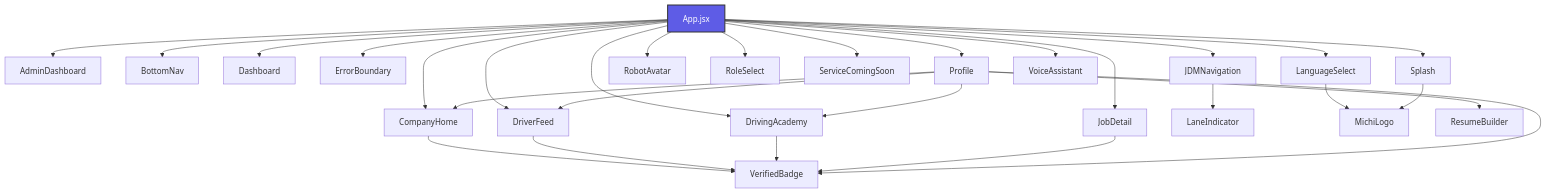
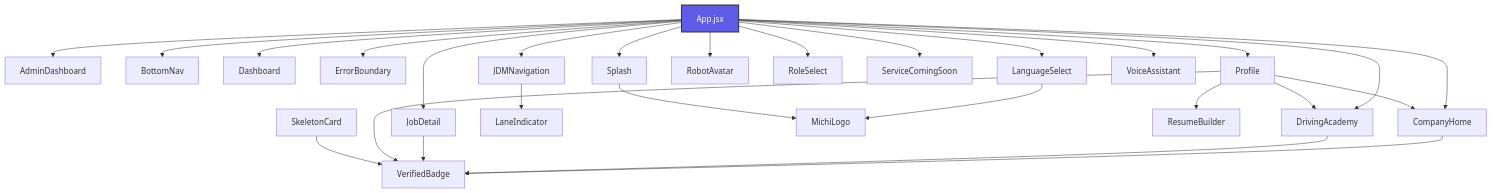
The diagram in codebase_map.md (farruxon9-cloud/web-michi-app), drawn with Mermaid before and after one commit. The commit also changed other lines of this file and 9 other files, not shown here.

Commit message:
feat: optimize i18n keys, add SkeletonCard, and implement persistent map navigation state

````diff
--- a/codebase_map.md
+++ b/codebase_map.md
@@ -20,34 +20,32 @@
 ```mermaid
 graph TD
   App[App.jsx]
   App --> AdminDashboard
   App --> BottomNav
   App --> CompanyHome
   App --> Dashboard
-  App --> DriverFeed
   App --> DrivingAcademy
   App --> ErrorBoundary
   App --> JDMNavigation
   App --> JobDetail
   App --> LanguageSelect
   App --> Profile
   App --> RobotAvatar
   App --> RoleSelect
   App --> ServiceComingSoon
   App --> Splash
   App --> VoiceAssistant
   CompanyHome --> VerifiedBadge
-  DriverFeed --> VerifiedBadge
   DrivingAcademy --> VerifiedBadge
   JDMNavigation --> LaneIndicator
   JobDetail --> VerifiedBadge
   LanguageSelect --> MichiLogo
   Profile --> CompanyHome
-  Profile --> DriverFeed
   Profile --> DrivingAcademy
   Profile --> ResumeBuilder
   Profile --> VerifiedBadge
+  SkeletonCard --> VerifiedBadge
   Splash --> MichiLogo
   
   style App fill:#5E5CE6,stroke:#333,stroke-width:2px,color:#fff
 ```
````
